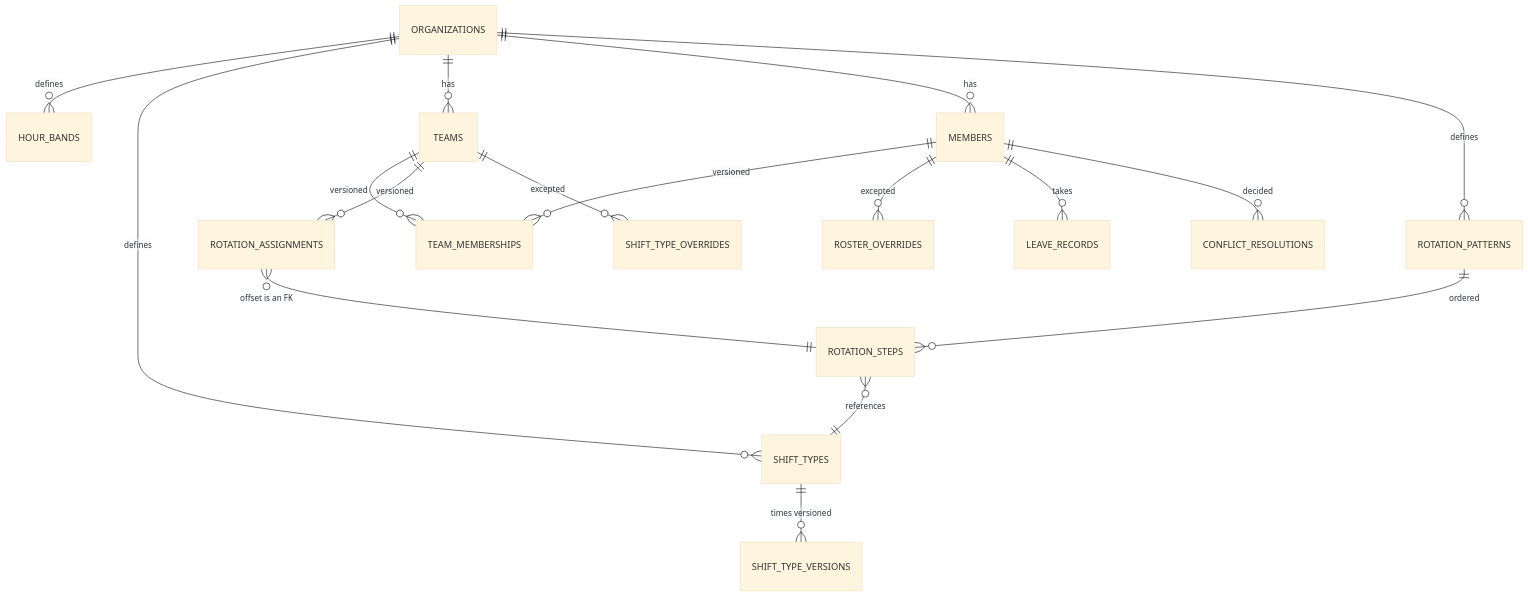
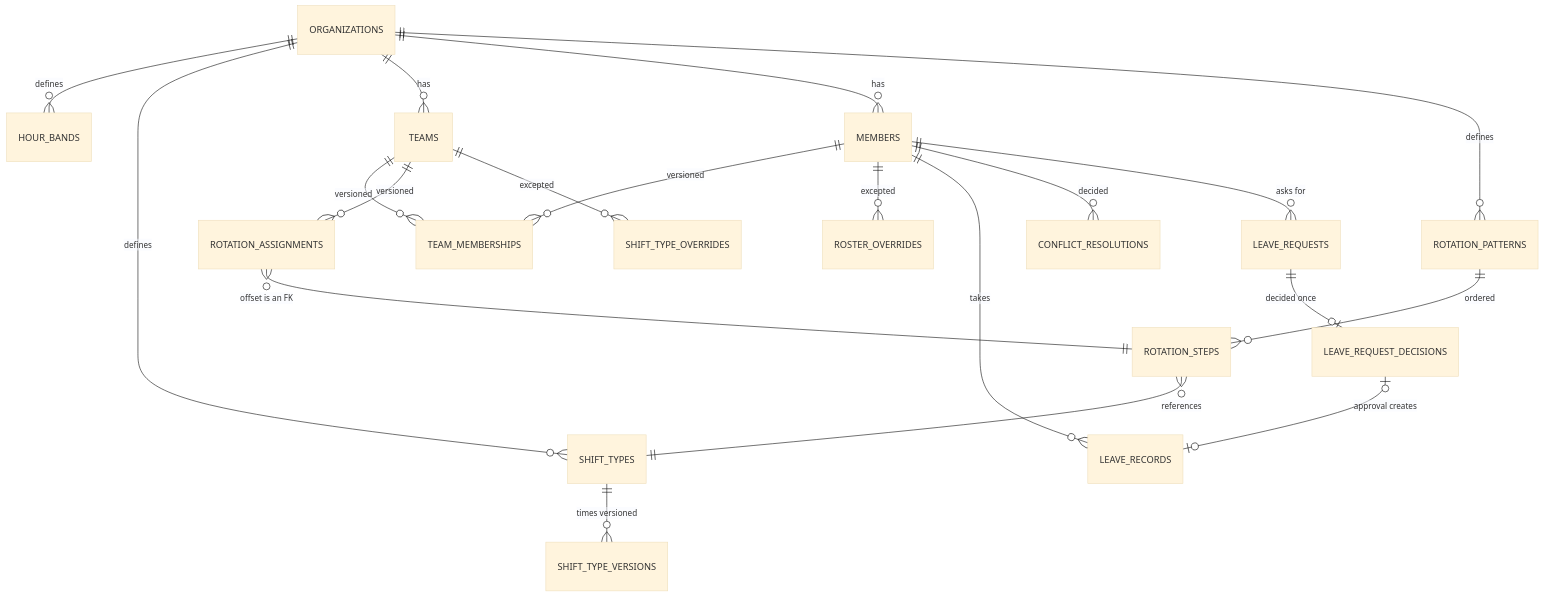
One commit to perolipotic/shift changed the fourth of 4 diagrams in _bmad-output/planning-artifacts/architecture/architecture-shift-2026-09-02/ARCHITECTURE-SPINE.md. Above: the diagram before and after it, drawn with Mermaid (base theme). The commit also changed other lines of this file and 9 other files, not shown here.

First line of the commit message:
feat: the leave request record, member-owned under RLS, decided only by an admin (9.2) (#233)

````diff
--- a/_bmad-output/planning-artifacts/architecture/architecture-shift-2026-09-02/ARCHITECTURE-SPINE.md
+++ b/_bmad-output/planning-artifacts/architecture/architecture-shift-2026-09-02/ARCHITECTURE-SPINE.md
@@ -284,19 +287,22 @@
 ```mermaid
 erDiagram
     ORGANIZATIONS ||--o{ HOUR_BANDS : defines
     ORGANIZATIONS ||--o{ SHIFT_TYPES : defines
     ORGANIZATIONS ||--o{ TEAMS : has
     ORGANIZATIONS ||--o{ MEMBERS : has
     ORGANIZATIONS ||--o{ ROTATION_PATTERNS : defines
     TEAMS ||--o{ TEAM_MEMBERSHIPS : "versioned"
     MEMBERS ||--o{ TEAM_MEMBERSHIPS : "versioned"
     ROTATION_PATTERNS ||--o{ ROTATION_STEPS : ordered
     ROTATION_STEPS }o--|| SHIFT_TYPES : references
     SHIFT_TYPES ||--o{ SHIFT_TYPE_VERSIONS : "times versioned"
     TEAMS ||--o{ ROTATION_ASSIGNMENTS : versioned
     ROTATION_ASSIGNMENTS }o--|| ROTATION_STEPS : "offset is an FK"
     TEAMS ||--o{ SHIFT_TYPE_OVERRIDES : excepted
     MEMBERS ||--o{ ROSTER_OVERRIDES : excepted
     MEMBERS ||--o{ LEAVE_RECORDS : takes
     MEMBERS ||--o{ CONFLICT_RESOLUTIONS : decided
+    MEMBERS ||--o{ LEAVE_REQUESTS : "asks for"
+    LEAVE_REQUESTS ||--o| LEAVE_REQUEST_DECISIONS : "decided once"
+    LEAVE_REQUEST_DECISIONS |o--o| LEAVE_RECORDS : "approval creates"
 ```
````
